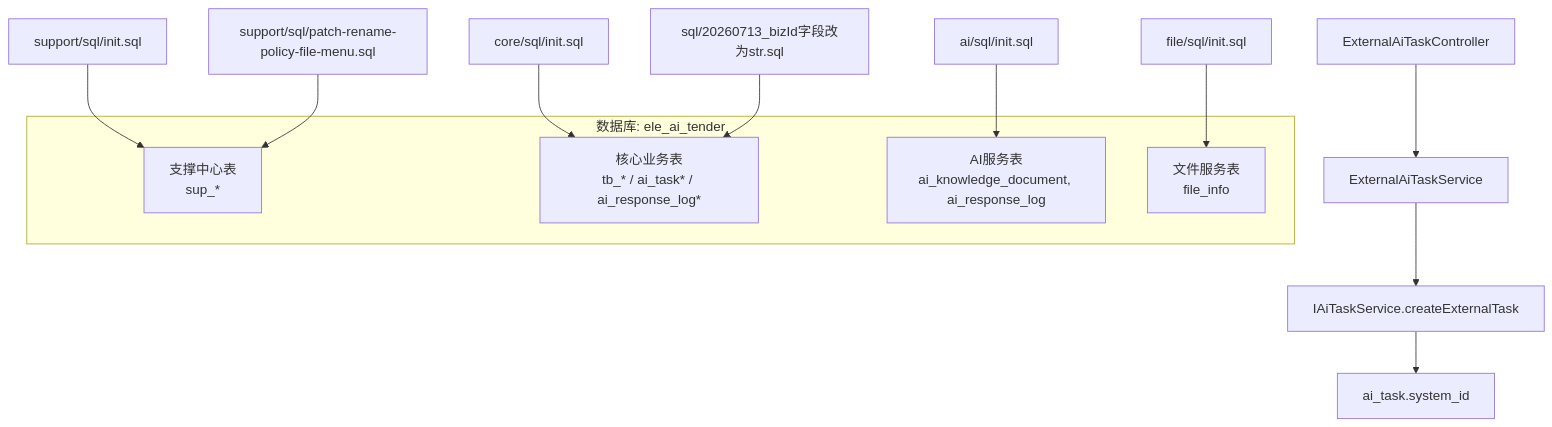
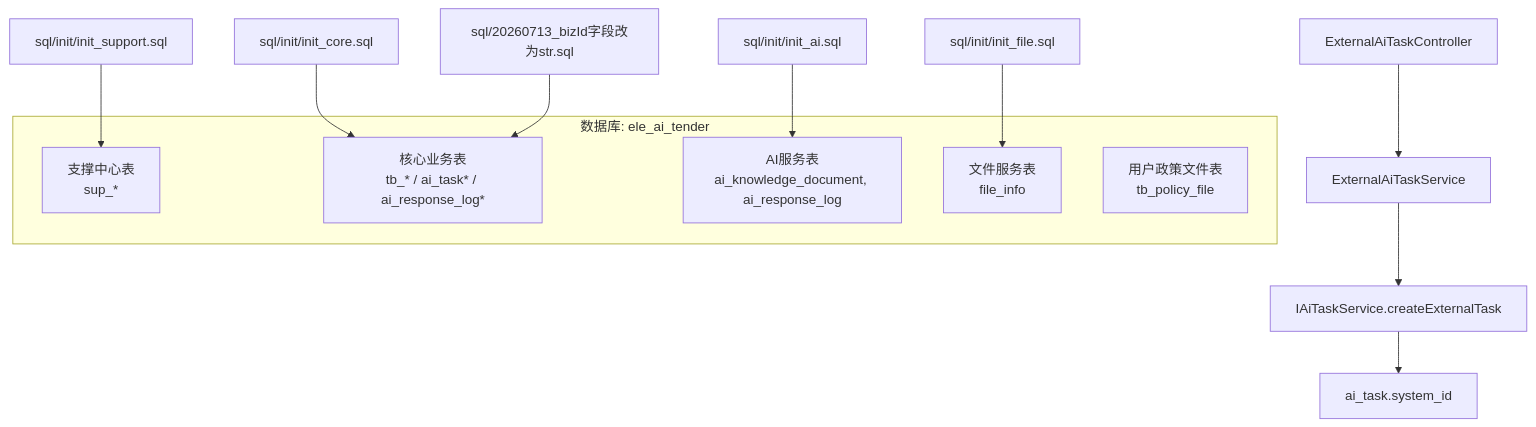
Before and after one commit to DrunkFood/First: the first of 3 diagrams in .qoder/repowiki/zh/content/数据库设计/数据库架构变更.md, drawn with Mermaid. The commit also changed other lines of this file and 103 other files, not shown here.

````diff
--- a/.qoder/repowiki/zh/content/数据库设计/数据库架构变更.md
+++ b/.qoder/repowiki/zh/content/数据库设计/数据库架构变更.md
@@ -54,18 +51,18 @@
 ```mermaid
 graph TB
 subgraph "数据库: ele_ai_tender"
 A["支撑中心表<br/>sup_*"]
 B["核心业务表<br/>tb_* / ai_task* / ai_response_log*"]
 C["AI服务表<br/>ai_knowledge_document, ai_response_log"]
 D["文件服务表<br/>file_info"]
+E["用户政策文件表<br/>tb_policy_file"]
 end
-E["support/sql/init.sql"] --> A
-F["core/sql/init.sql"] --> B
-G["ai/sql/init.sql"] --> C
-H["file/sql/init.sql"] --> D
-I["support/sql/patch-rename-policy-file-menu.sql"] --> A
+F["sql/init/init_support.sql"] --> A
+G["sql/init/init_core.sql"] --> B
+H["sql/init/init_ai.sql"] --> C
+I["sql/init/init_file.sql"] --> D
 J["sql/20260713_bizId字段改为str.sql"] --> B
 K["ExternalAiTaskController"] --> L["ExternalAiTaskService"]
 L --> M["IAiTaskService.createExternalTask"]
 M --> N["ai_task.system_id"]
 ```
````
